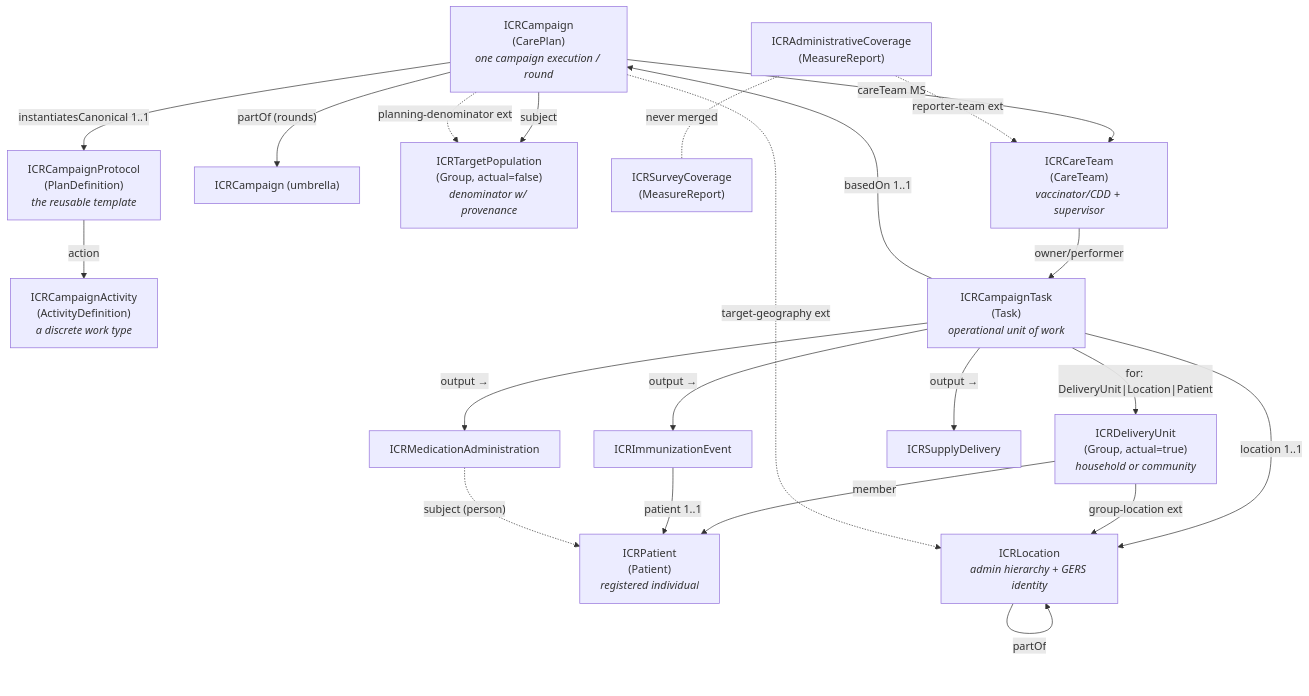
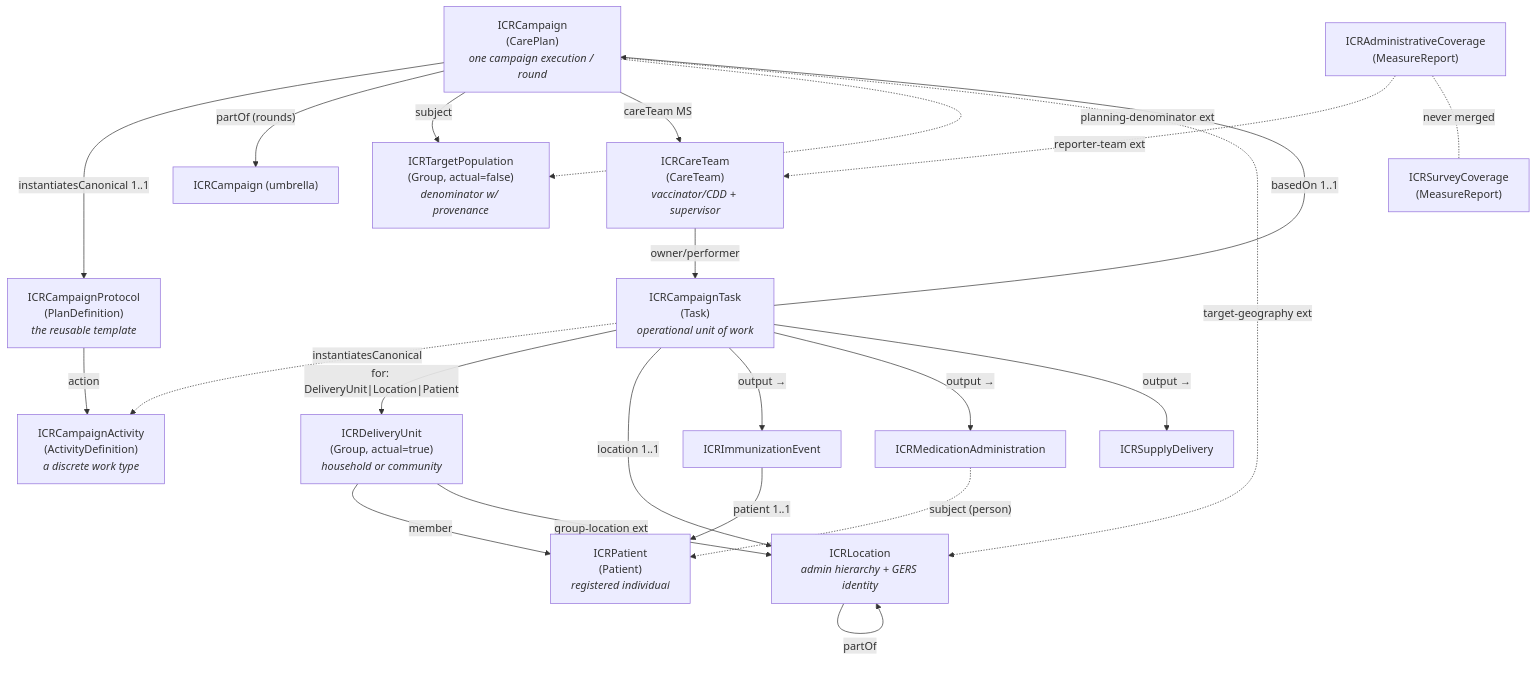
One commit to recodelabs/icr changed the first of 4 diagrams in project/ig-summary-v2.md. Above: the diagram before and after it, drawn with Mermaid. The commit also changed other lines of this file and 3 other files, not shown here.

First line of the commit message:
Task.instantiatesCanonical → ICRCampaignActivity: the structured activity link

````diff
--- a/project/ig-summary-v2.md
+++ b/project/ig-summary-v2.md
@@ -199,40 +199,41 @@
 ```mermaid
 graph TD
     PD["ICRCampaignProtocol<br/>(PlanDefinition)<br/><i>the reusable template</i>"]
     AD["ICRCampaignActivity<br/>(ActivityDefinition)<br/><i>a discrete work type</i>"]
     CP["ICRCampaign<br/>(CarePlan)<br/><i>one campaign execution / round</i>"]
     CPU["ICRCampaign (umbrella)"]
     T["ICRCampaignTask<br/>(Task)<br/><i>operational unit of work</i>"]
     TP["ICRTargetPopulation<br/>(Group, actual=false)<br/><i>denominator w/ provenance</i>"]
     HH["ICRDeliveryUnit<br/>(Group, actual=true)<br/><i>household or community</i>"]
     PT["ICRPatient<br/>(Patient)<br/><i>registered individual</i>"]
     L["ICRLocation<br/><i>admin hierarchy + GERS identity</i>"]
     IMM["ICRImmunizationEvent"]
     MED["ICRMedicationAdministration"]
     SUP["ICRSupplyDelivery"]
     AC["ICRAdministrativeCoverage<br/>(MeasureReport)"]
     SC["ICRSurveyCoverage<br/>(MeasureReport)"]
     CT["ICRCareTeam<br/>(CareTeam)<br/><i>vaccinator/CDD + supervisor</i>"]
 
     PD -- "action" --> AD
     CP -- "instantiatesCanonical 1..1" --> PD
     CP -- "partOf (rounds)" --> CPU
     CP -- "subject" --> TP
     CP -- "careTeam MS" --> CT
     CT -- "owner/performer" --> T
     AC -. "reporter-team ext" .-> CT
     T -- "basedOn 1..1" --> CP
+    T -. "instantiatesCanonical" .-> AD
     T -- "for: DeliveryUnit|Location|Patient" --> HH
     T -- "location 1..1" --> L
     T -- "output →" --> IMM
     T -- "output →" --> MED
     T -- "output →" --> SUP
     HH -- "member" --> PT
     IMM -- "patient 1..1" --> PT
     MED -. "subject (person)" .-> PT
     HH -- "group-location ext" --> L
     L -- "partOf" --> L
     CP -. "planning-denominator ext" .-> TP
     CP -. "target-geography ext" .-> L
     AC -. "never merged" .- SC
 ```
````
